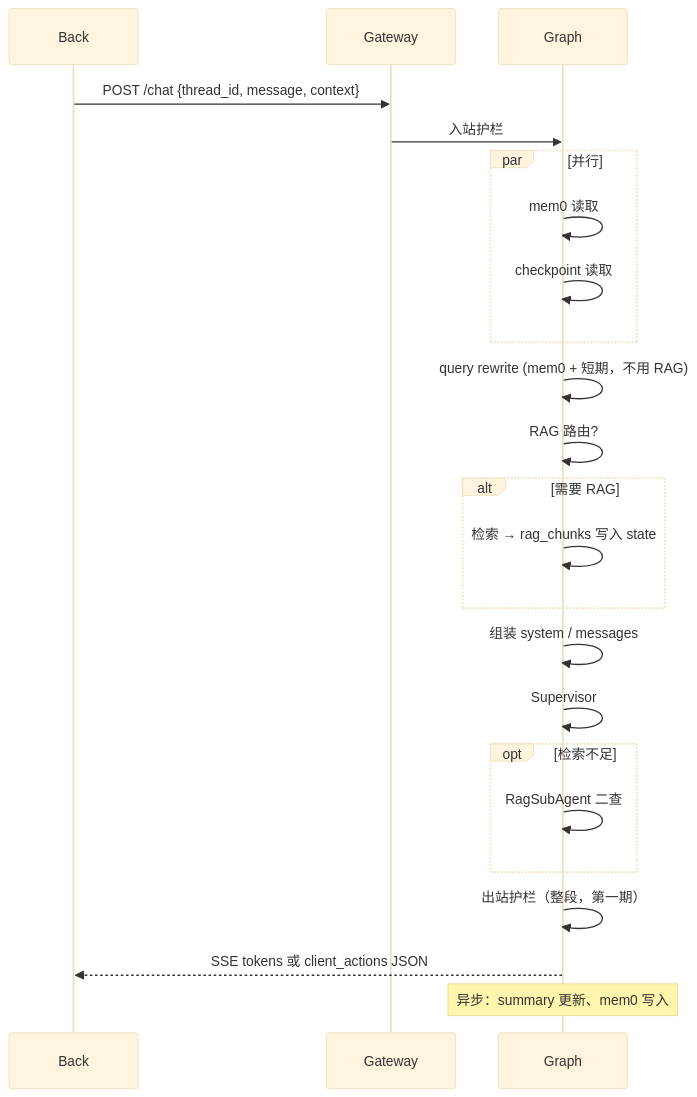
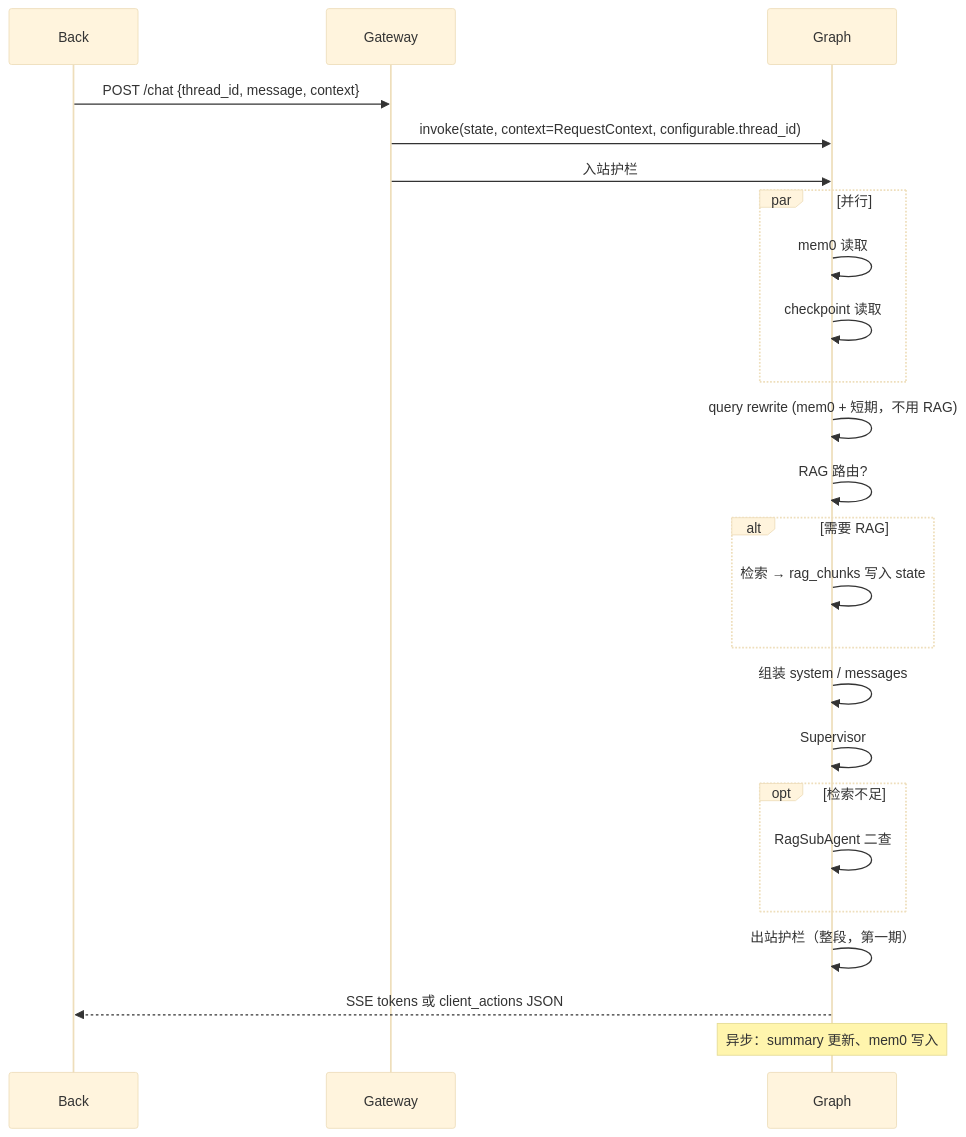
One commit to lrxCn/commonAgent changed the second of 2 diagrams in docs/architecture.md. Above: the diagram before and after it, drawn with Mermaid (base theme). The commit also changed other lines of this file and 17 other files, not shown here.

````diff
--- a/docs/architecture.md
+++ b/docs/architecture.md
@@ -100,26 +114,27 @@
 ```mermaid
 sequenceDiagram
   participant Back
   participant GW as Gateway
   participant G as Graph
 
   Back->>GW: POST /chat {thread_id, message, context}
+  GW->>G: invoke(state, context=RequestContext, configurable.thread_id)
   GW->>G: 入站护栏
   par 并行
     G->>G: mem0 读取
     G->>G: checkpoint 读取
   end
   G->>G: query rewrite (mem0 + 短期，不用 RAG)
   G->>G: RAG 路由?
   alt 需要 RAG
     G->>G: 检索 → rag_chunks 写入 state
   end
   G->>G: 组装 system / messages
   G->>G: Supervisor
   opt 检索不足
     G->>G: RagSubAgent 二查
   end
   G->>G: 出站护栏（整段，第一期）
   G-->>Back: SSE tokens 或 client_actions JSON
   Note over G: 异步：summary 更新、mem0 写入
 ```
````
